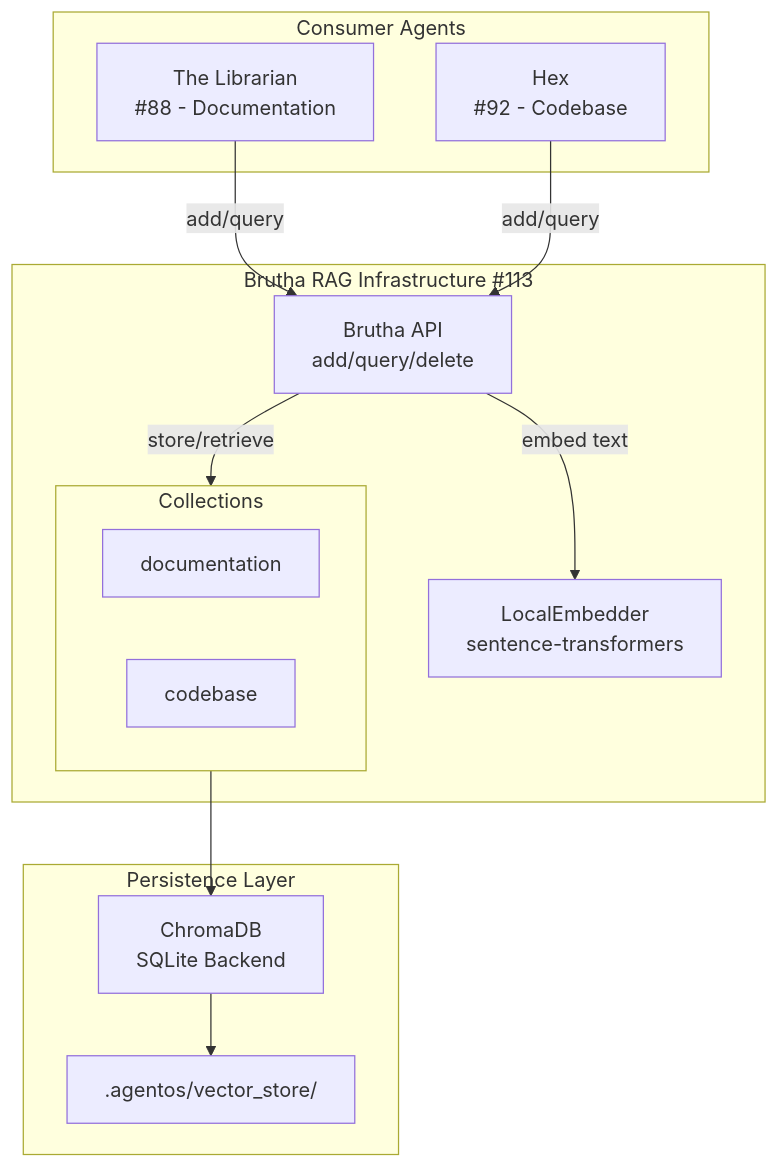
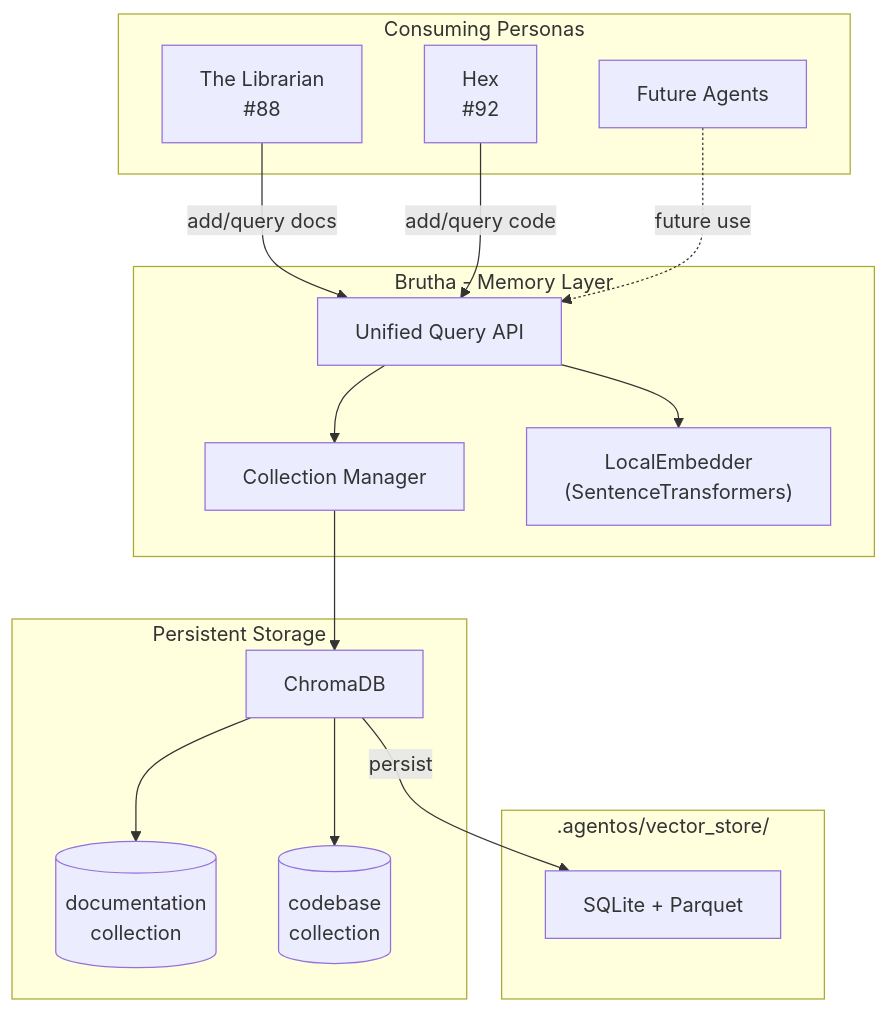
Before and after one commit to martymcenroe/AssemblyZero: the diagram in docs/lineage/active/113-lld-n1/002-draft.md, drawn with Mermaid. The commit also changed other lines of this file and 133 other files, not shown here.

First line of the commit message:
feat: add Brutha vector DB infrastructure (RAG foundation) (#478)

````diff
--- a/docs/lineage/active/113-lld-n1/002-draft.md
+++ b/docs/lineage/active/113-lld-n1/002-draft.md
@@ -331,29 +326,35 @@
 ```mermaid
 flowchart TB
-    subgraph Consumers["Consumer Agents"]
-        LIB["The Librarian<br/>#88 - Documentation"]
-        HEX["Hex<br/>#92 - Codebase"]
+    subgraph Consumers["Consuming Personas"]
+        Librarian["The Librarian<br/>#88"]
+        Hex["Hex<br/>#92"]
+        Future["Future Agents"]
     end
 
-    subgraph Brutha["Brutha RAG Infrastructure #113"]
-        API["Brutha API<br/>add/query/delete"]
-        EMB["LocalEmbedder<br/>sentence-transformers"]
-        
-        subgraph Collections["Collections"]
-            DOC["documentation"]
-            CODE["codebase"]
-        end
+    subgraph Brutha["Brutha - Memory Layer"]
+        API["Unified Query API"]
+        Collections["Collection Manager"]
+        Embedder["LocalEmbedder<br/>(SentenceTransformers)"]
     end
 
-    subgraph Storage["Persistence Layer"]
-        CHROMA["ChromaDB<br/>SQLite Backend"]
-        DISK[".agentos/vector_store/"]
+    subgraph Storage["Persistent Storage"]
+        ChromaDB["ChromaDB"]
+        DocColl[("documentation<br/>collection")]
+        CodeColl[("codebase<br/>collection")]
     end
 
-    LIB -->|"add/query"| API
-    HEX -->|"add/query"| API
-    API -->|"embed text"| EMB
-    API -->|"store/retrieve"| Collections
-    Collections --> CHROMA
-    CHROMA --> DISK
+    subgraph Files[".agentos/vector_store/"]
+        Persist["SQLite + Parquet"]
+    end
+
+    Librarian -->|"add/query docs"| API
+    Hex -->|"add/query code"| API
+    Future -.->|"future use"| API
+    
+    API --> Collections
+    API --> Embedder
+    Collections --> ChromaDB
+    ChromaDB --> DocColl
+    ChromaDB --> CodeColl
+    ChromaDB -->|"persist"| Persist
 ```
````
